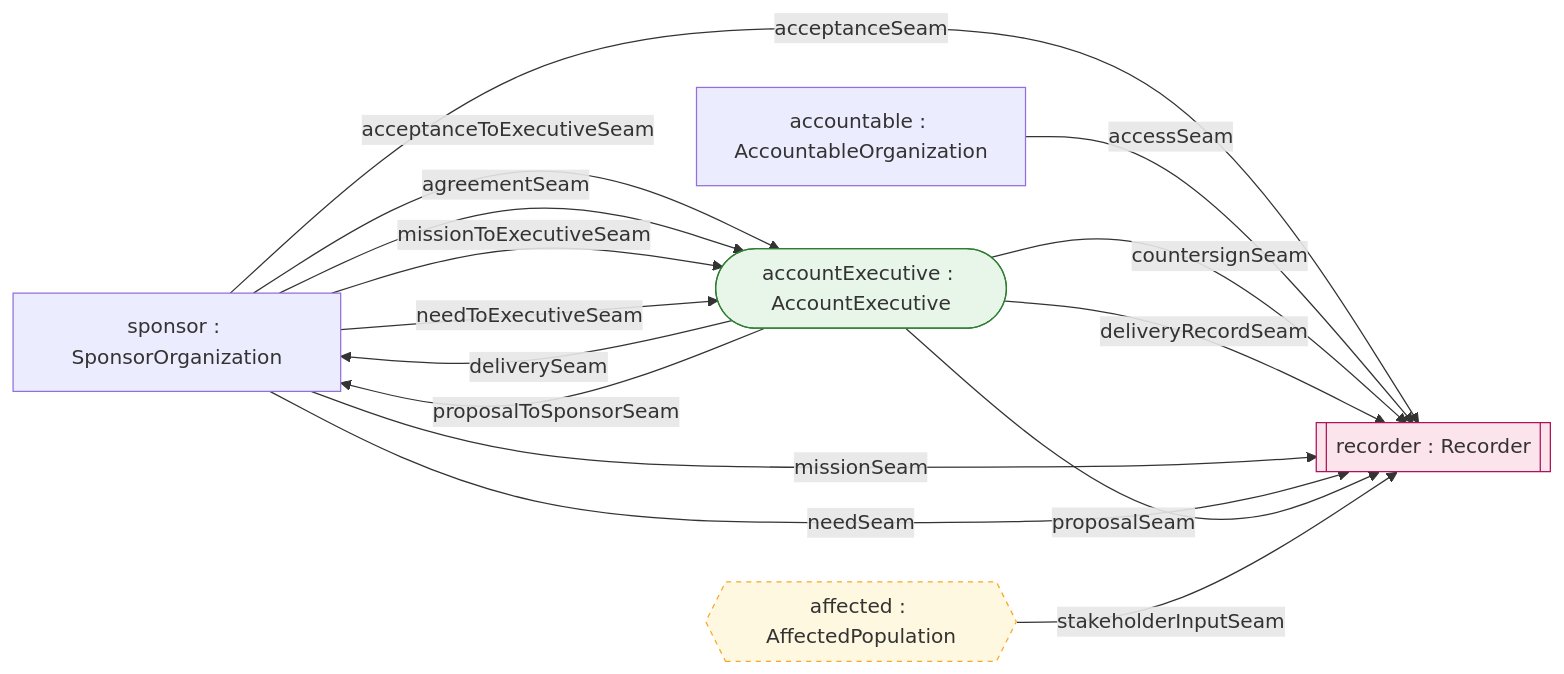
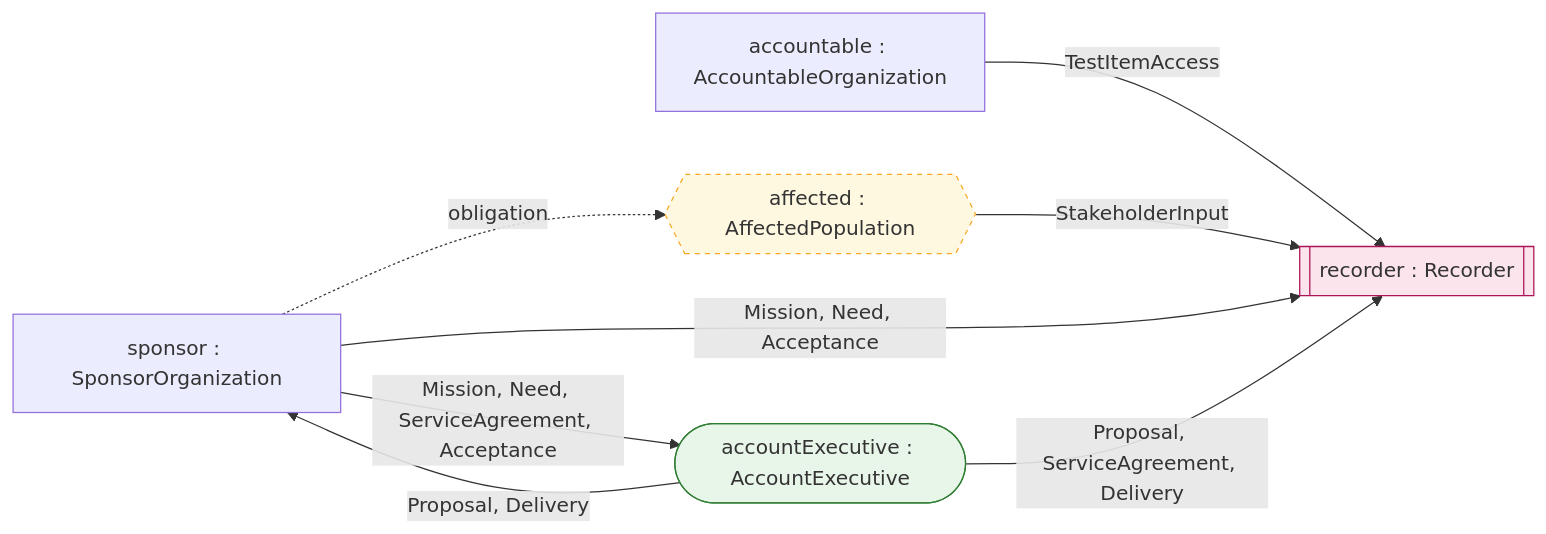
One commit to DynamicalSystemsGroup/og-caie-spec changed the diagram in generated/wiring-contracting.md. Above: the diagram before and after it, drawn with Mermaid. The commit also changed other lines of this file and 28 other files, not shown here.

````diff
--- a/generated/wiring-contracting.md
+++ b/generated/wiring-contracting.md
@@ -1,28 +3,21 @@
 ```{mermaid}
 flowchart LR
   accountable["accountable : AccountableOrganization"]
   affected{{"affected : AffectedPopulation"}}
   sponsor["sponsor : SponsorOrganization"]
   testingOrg_accountExecutive(["accountExecutive : AccountExecutive"])
   testingOrg_recorder[["recorder : Recorder"]]
-  sponsor -- "acceptanceSeam" --> testingOrg_recorder
-  sponsor -- "acceptanceToExecutiveSeam" --> testingOrg_accountExecutive
-  accountable -- "accessSeam" --> testingOrg_recorder
-  sponsor -- "agreementSeam" --> testingOrg_accountExecutive
-  testingOrg_accountExecutive -- "countersignSeam" --> testingOrg_recorder
-  testingOrg_accountExecutive -- "deliveryRecordSeam" --> testingOrg_recorder
-  testingOrg_accountExecutive -- "deliverySeam" --> sponsor
-  sponsor -- "missionSeam" --> testingOrg_recorder
-  sponsor -- "missionToExecutiveSeam" --> testingOrg_accountExecutive
-  sponsor -- "needSeam" --> testingOrg_recorder
-  sponsor -- "needToExecutiveSeam" --> testingOrg_accountExecutive
-  testingOrg_accountExecutive -- "proposalSeam" --> testingOrg_recorder
-  testingOrg_accountExecutive -- "proposalToSponsorSeam" --> sponsor
-  affected -- "stakeholderInputSeam" --> testingOrg_recorder
+  accountable -- "TestItemAccess" --> testingOrg_recorder
+  affected -- "StakeholderInput" --> testingOrg_recorder
+  sponsor -- "Mission, Need, ServiceAgreement, Acceptance" --> testingOrg_accountExecutive
+  sponsor -- "Mission, Need, Acceptance" --> testingOrg_recorder
+  testingOrg_accountExecutive -- "Proposal, Delivery" --> sponsor
+  testingOrg_accountExecutive -- "Proposal, ServiceAgreement, Delivery" --> testingOrg_recorder
+  sponsor -. "obligation" .-> affected
   classDef person fill:#e8f5e9,stroke:#2e7d32;
   classDef machine fill:#fce4ec,stroke:#ad1457;
   classDef party fill:#fff8e1,stroke:#f9a825,stroke-dasharray: 4 4;
   class testingOrg_accountExecutive person;
   class testingOrg_recorder machine;
   class affected party;
 ```
````
